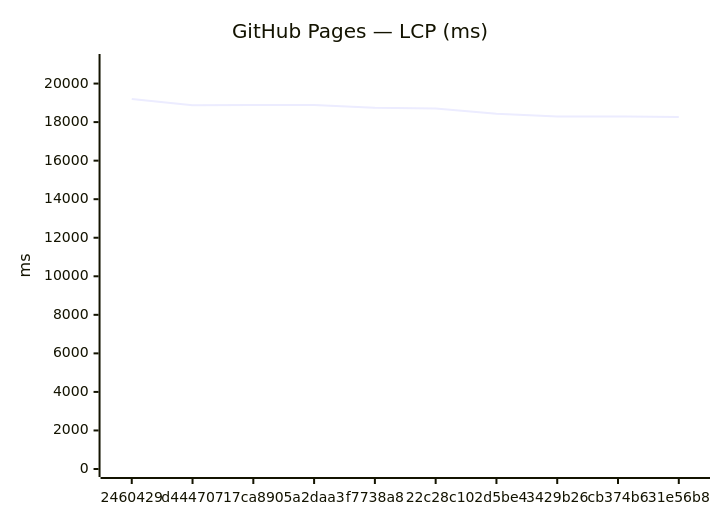
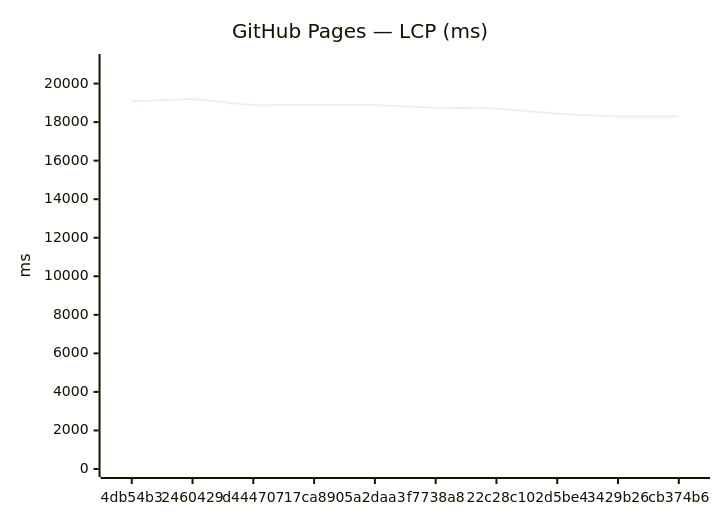
One commit to Metaheurist/Rianell changed the third of 18 diagrams in benchmarks/compare.md. Above: the diagram before and after it, drawn with Mermaid. The commit also changed other lines of this file and 11 other files, not shown here.

````diff
--- a/benchmarks/compare.md
+++ b/benchmarks/compare.md
@@ -54,7 +54,7 @@
 ```mermaid
 xychart-beta
     title "GitHub Pages — LCP (ms)"
-    x-axis ["2460429", "d444707", "17ca890", "5a2daa3", "f7738a8", "22c28c1", "02d5be4", "3429b26", "cb374b6", "31e56b8"]
+    x-axis ["4db54b3", "2460429", "d444707", "17ca890", "5a2daa3", "f7738a8", "22c28c1", "02d5be4", "3429b26", "cb374b6"]
     y-axis "ms" 0 --> 21119
-    line [19199, 18871, 18888, 18892, 18741, 18704, 18438, 18287, 18290, 18265]
+    line [19086, 19199, 18871, 18888, 18892, 18741, 18704, 18438, 18287, 18290]
 ```
````
